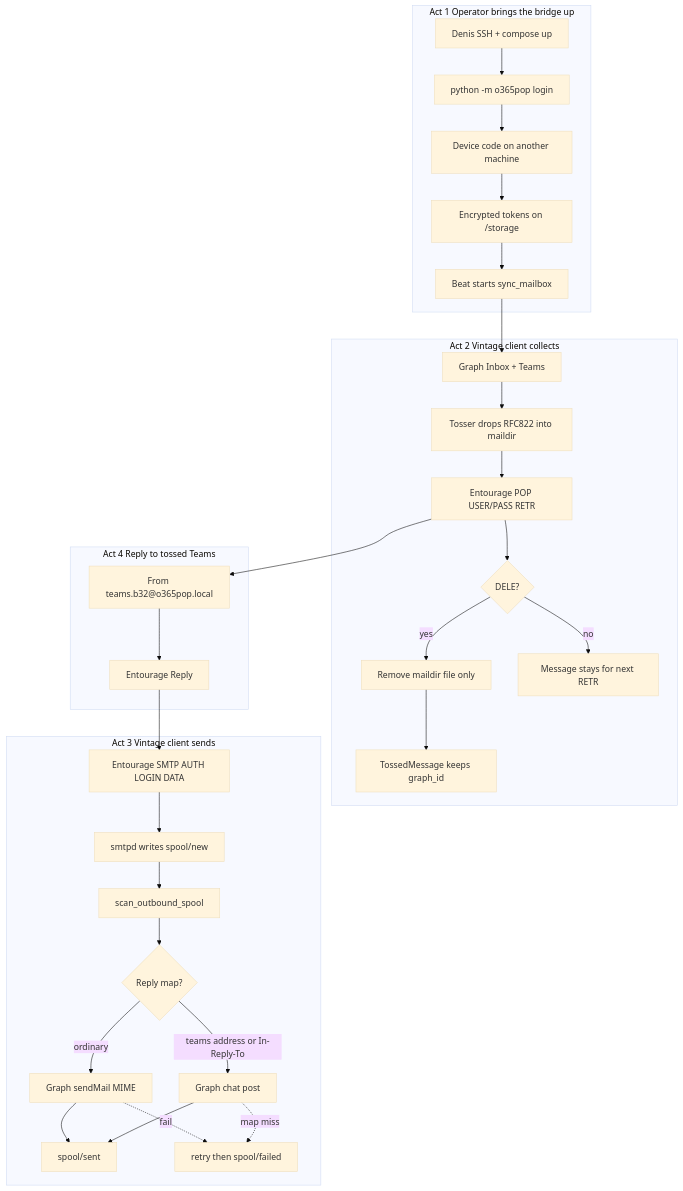
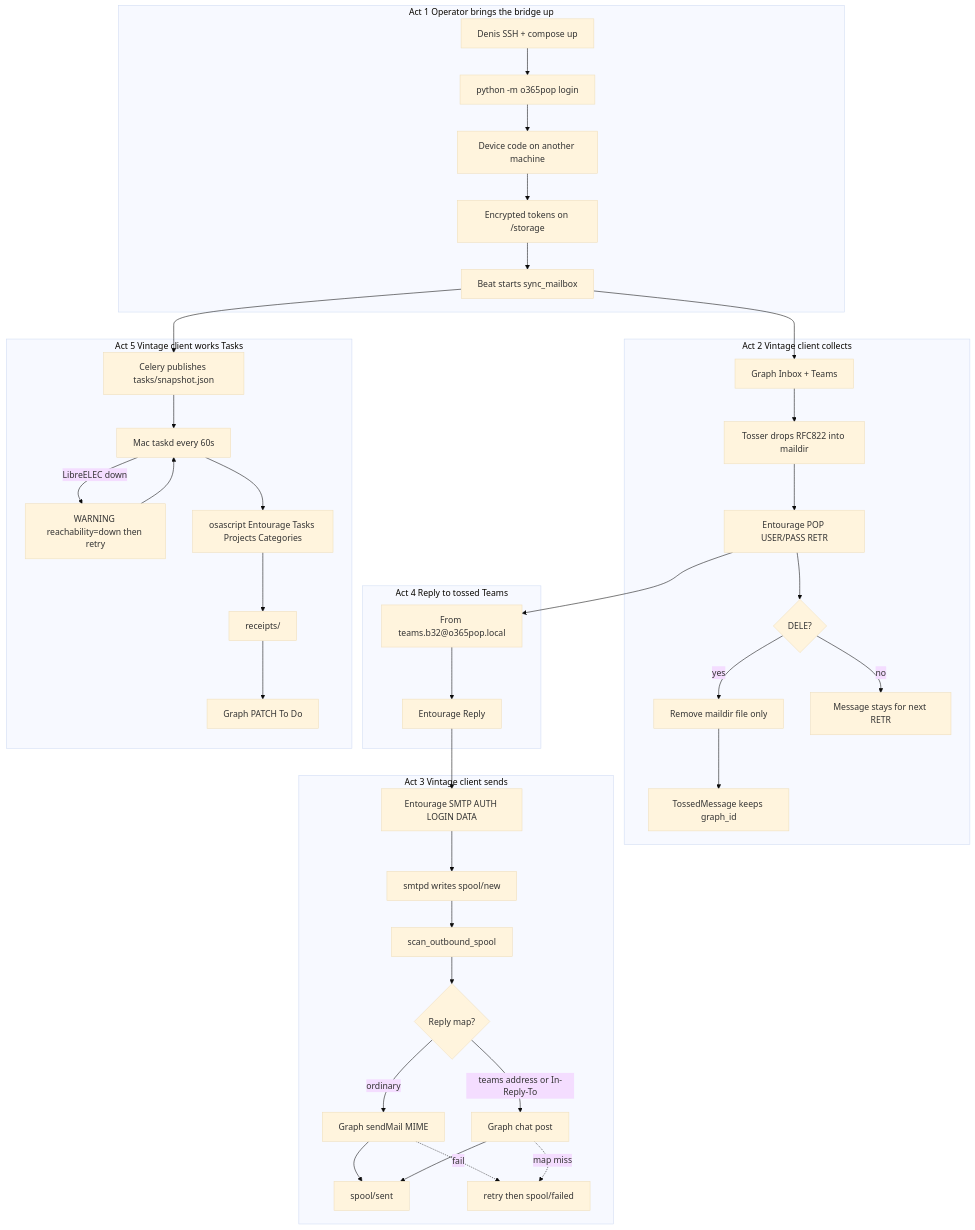
One commit to petelind/o365pop changed the diagram in docs/ux/dialogue-map.md. Above: the diagram before and after it, drawn with Mermaid (base theme). The commit also changed other lines of this file and 15 other files, not shown here.

````diff
--- a/docs/ux/dialogue-map.md
+++ b/docs/ux/dialogue-map.md
@@ -5,37 +5,47 @@
 ```mermaid
 flowchart TD
   subgraph act1 [Act 1 Operator brings the bridge up]
     A[Denis SSH + compose up] --> B["python -m o365pop login"]
     B --> C[Device code on another machine]
     C --> D[Encrypted tokens on /storage]
     D --> E[Beat starts sync_mailbox]
   end
 
   subgraph act2 [Act 2 Vintage client collects]
     E --> F[Graph Inbox + Teams]
     F --> G[Tosser drops RFC822 into maildir]
     G --> H[Entourage POP USER/PASS RETR]
     H --> I{DELE?}
     I -->|yes| J[Remove maildir file only]
     I -->|no| K[Message stays for next RETR]
     J --> L[TossedMessage keeps graph_id]
   end
 
   subgraph act3 [Act 3 Vintage client sends]
     M[Entourage SMTP AUTH LOGIN DATA] --> N[smtpd writes spool/new]
     N --> O[scan_outbound_spool]
     O --> P{Reply map?}
     P -->|ordinary| Q[Graph sendMail MIME]
     P -->|teams address or In-Reply-To| R[Graph chat post]
     Q --> S[spool/sent]
     R --> S
     Q -.->|fail| T[retry then spool/failed]
     R -.->|map miss| T
   end
 
   subgraph act4 [Act 4 Reply to tossed Teams]
     H --> U[From teams.b32@o365pop.local]
     U --> V[Entourage Reply]
     V --> M
   end
+
+  subgraph act5 [Act 5 Vintage client works Tasks]
+    E --> TS[Celery publishes tasks/snapshot.json]
+    TS --> TD[Mac taskd every 60s]
+    TD -->|LibreELEC down| WAIT[WARNING reachability=down then retry]
+    WAIT --> TD
+    TD --> AS[osascript Entourage Tasks Projects Categories]
+    AS --> RC[receipts/]
+    RC --> GP[Graph PATCH To Do]
+  end
 ```
````
